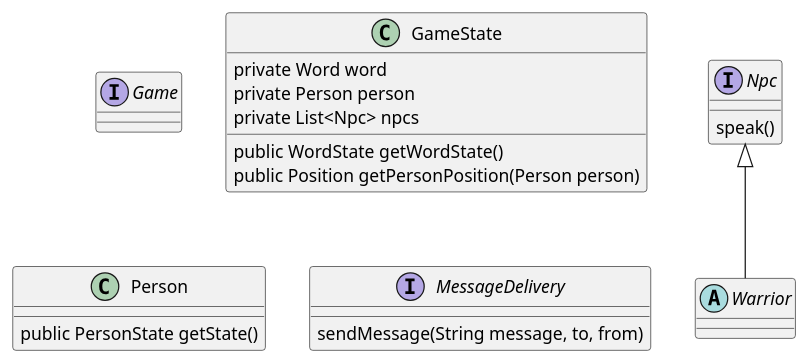
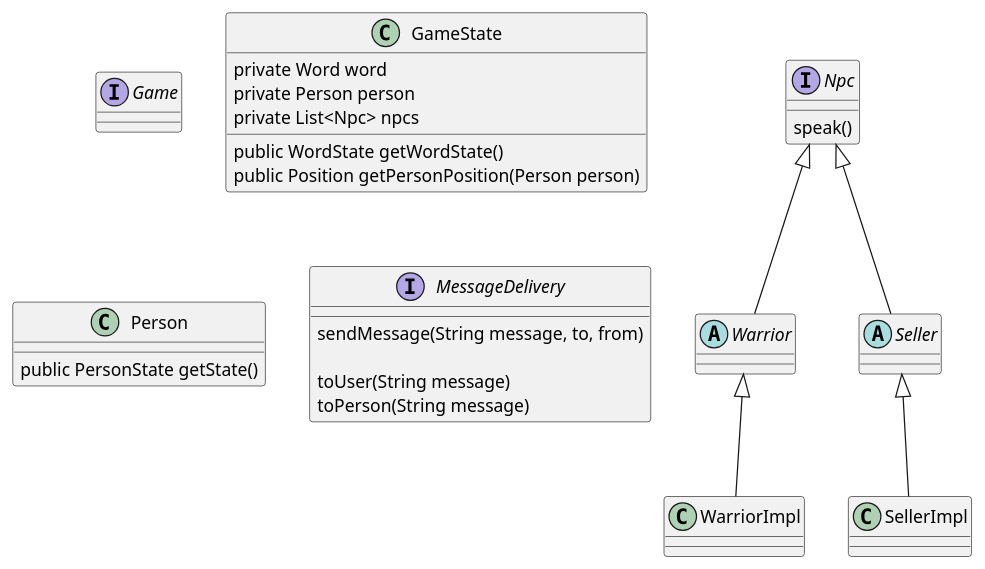
The diagram in src/main/java/Main Scheme.puml (SukhovDaniil/text-game), drawn with PlantUML before and after one commit. The commit also changed 5 other files, not shown here.

```diff
--- a/src/main/java/Main Scheme.puml
+++ b/src/main/java/Main Scheme.puml
@@ -1,42 +1,55 @@
 @startuml
 
 interface Game
 
 class GameState {
     private Word word
     private Person person
     private List<Npc> npcs
 
     public WordState getWordState()
     public Position getPersonPosition(Person person)
 }
 
 class Person {
 
     public PersonState getState()
 }
 
 interface MessageDelivery {
     sendMessage(String message, to, from)
+
+    toUser(String message)
+    toPerson(String message)
 }
 
 
 
 
 
 
 interface Npc {
     speak()
 }
 
 abstract class Warrior {
 
 }
+Npc <|-- Warrior
+class WarriorImpl {
 
-Npc <|-- Warrior
+}
+Warrior <|-- WarriorImpl
+
+abstract class Seller{
 
 
+}
+Npc <|-- Seller
+class SellerImpl {
 
+}
+Seller <|-- SellerImpl
 
 
 @enduml
```
